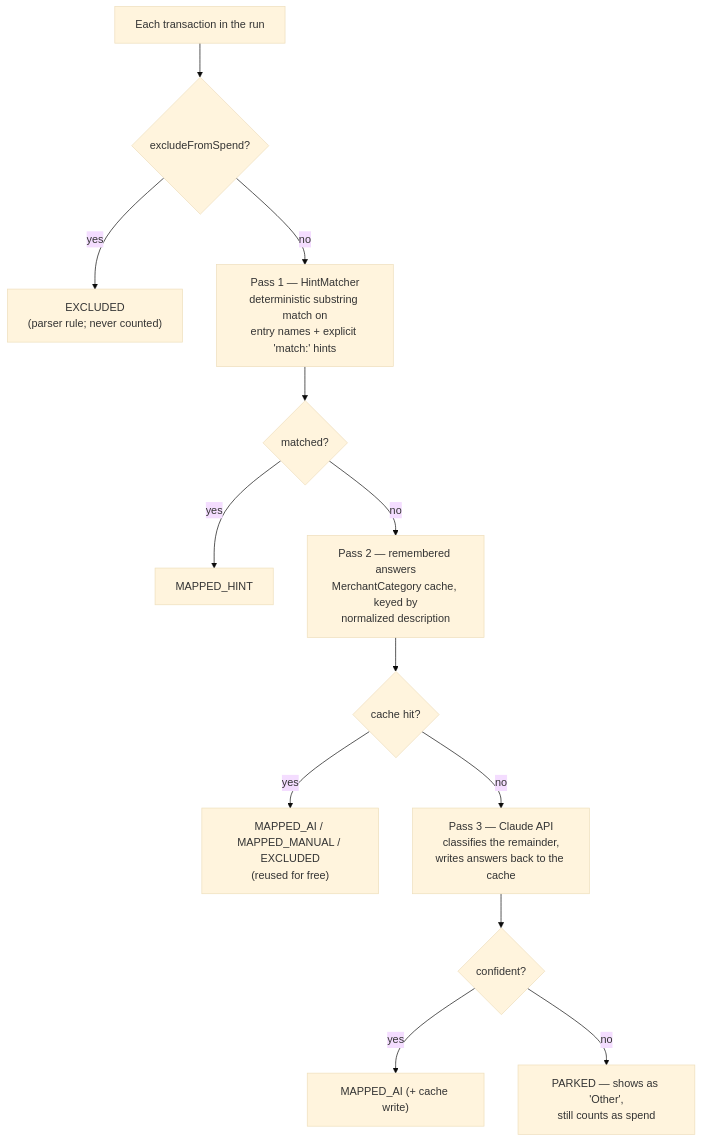
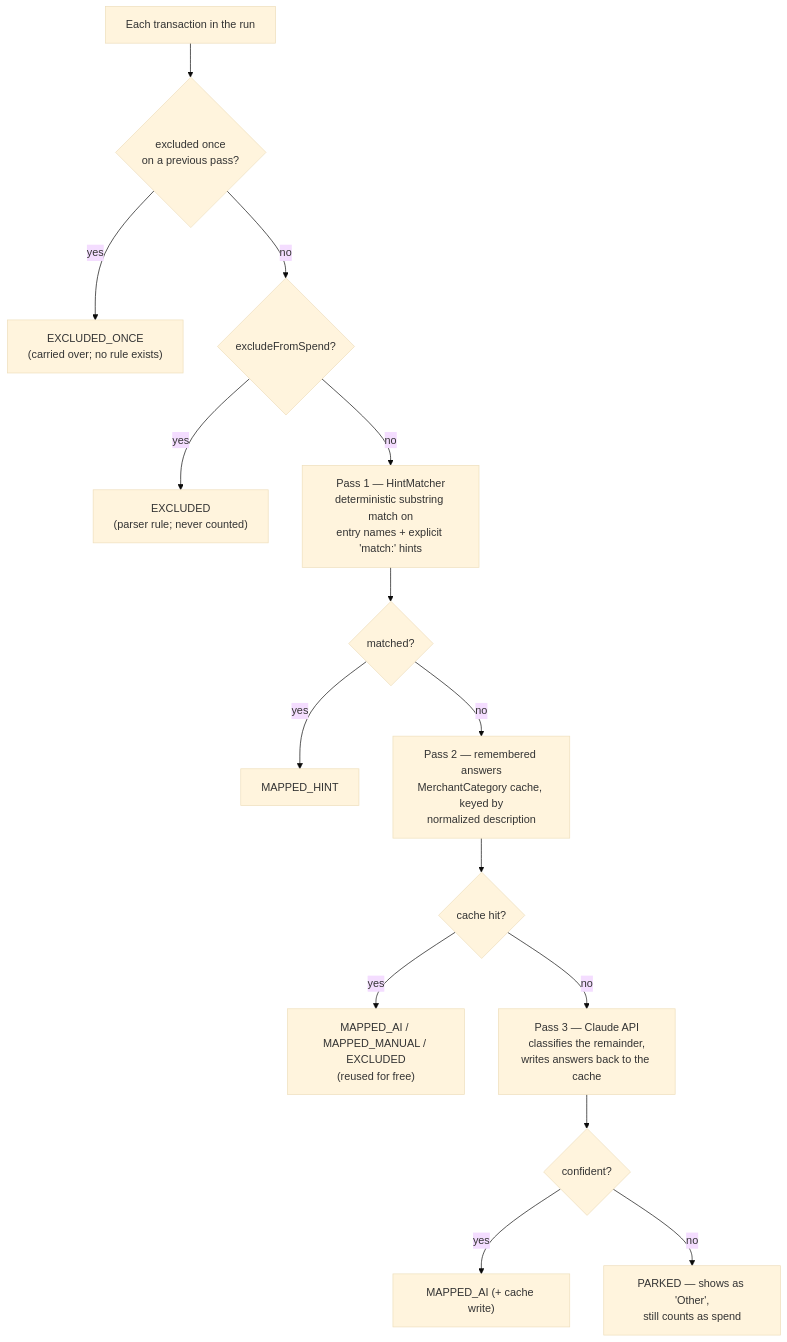
The second of 5 diagrams in docs/ARCHITECTURE.md (glbabior/pig-purchase-tracking), drawn with Mermaid (base theme) before and after one commit. The commit also changed other lines of this file and 10 other files, not shown here.

````diff
--- a/docs/ARCHITECTURE.md
+++ b/docs/ARCHITECTURE.md
@@ -89,18 +89,20 @@
 ```mermaid
 flowchart TD
-    T["Each transaction in the run"] --> EX{excludeFromSpend?}
+    T["Each transaction in the run"] --> P0{"excluded once<br/>on a previous pass?"}
+    P0 -- yes --> EXCL1["EXCLUDED_ONCE<br/>(carried over; no rule exists)"]
+    P0 -- no --> EX{excludeFromSpend?}
     EX -- yes --> EXCL["EXCLUDED<br/>(parser rule; never counted)"]
     EX -- no --> P1
 
     P1["Pass 1 — HintMatcher<br/>deterministic substring match on<br/>entry names + explicit 'match:' hints"] --> P1Q{matched?}
     P1Q -- yes --> MH["MAPPED_HINT"]
     P1Q -- no --> P2
 
     P2["Pass 2 — remembered answers<br/>MerchantCategory cache, keyed by<br/>normalized description"] --> P2Q{cache hit?}
     P2Q -- yes --> MC["MAPPED_AI / MAPPED_MANUAL / EXCLUDED<br/>(reused for free)"]
     P2Q -- no --> P3
 
     P3["Pass 3 — Claude API<br/>classifies the remainder,<br/>writes answers back to the cache"] --> P3Q{confident?}
     P3Q -- yes --> AI["MAPPED_AI (+ cache write)"]
     P3Q -- no --> PARK["PARKED — shows as 'Other',<br/>still counts as spend"]
 ```
````
